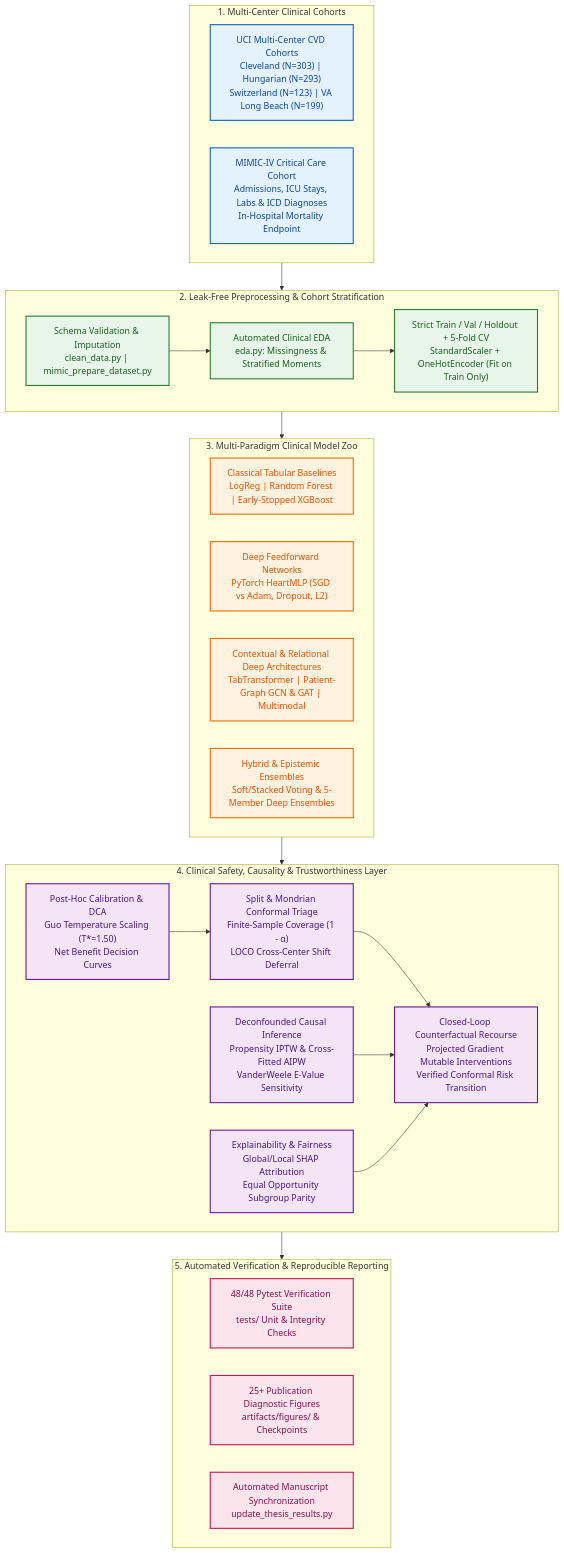
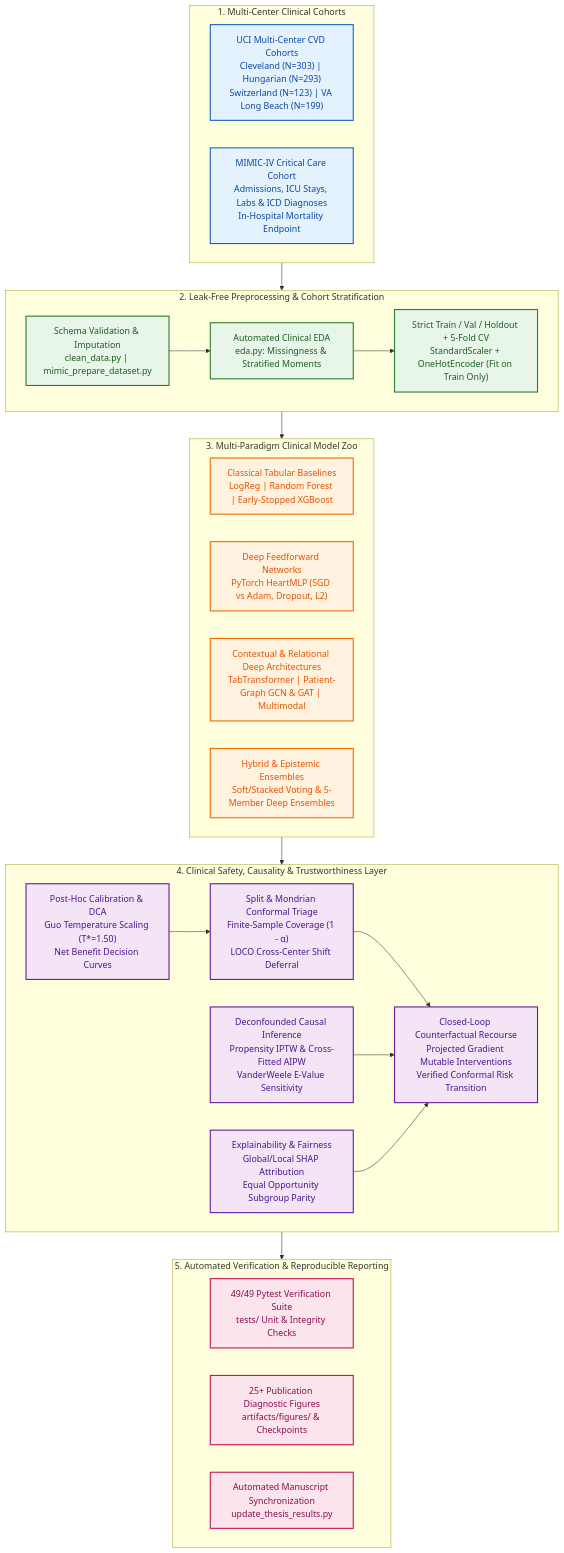
One commit to YahyaLendani/heart-disease-clinical-ml changed the diagram in README.md. Above: the diagram before and after it, drawn with Mermaid. The commit also changed other lines of this file and 9 other files, not shown here.

````diff
--- a/README.md
+++ b/README.md
@@ -59,54 +59,54 @@
 ```mermaid
 flowchart TB
     classDef data fill:#e3f2fd,stroke:#1565c0,stroke-width:2px,color:#0d47a1
     classDef prep fill:#e8f5e9,stroke:#2e7d32,stroke-width:2px,color:#1b5e20
     classDef model fill:#fff3e0,stroke:#ef6c00,stroke-width:2px,color:#e65100
     classDef trust fill:#f3e5f5,stroke:#6a1b9a,stroke-width:2px,color:#4a148c
     classDef out fill:#fce4ec,stroke:#c2185b,stroke-width:2px,color:#880e4f
 
     subgraph Data["1. Multi-Center Clinical Cohorts"]
         direction LR
         A1["UCI Multi-Center CVD Cohorts\nCleveland (N=303) | Hungarian (N=293)\nSwitzerland (N=123) | VA Long Beach (N=199)"]:::data
         A2["MIMIC-IV Critical Care Cohort\nAdmissions, ICU Stays, Labs & ICD Diagnoses\nIn-Hospital Mortality Endpoint"]:::data
     end
 
     subgraph Prep["2. Leak-Free Preprocessing & Cohort Stratification"]
         direction LR
         B1["Schema Validation & Imputation\nclean_data.py | mimic_prepare_dataset.py"]:::prep
         B2["Automated Clinical EDA\neda.py: Missingness & Stratified Moments"]:::prep
         B3["Strict Train / Val / Holdout + 5-Fold CV\nStandardScaler + OneHotEncoder (Fit on Train Only)"]:::prep
         B1 --> B2 --> B3
     end
 
     subgraph Models["3. Multi-Paradigm Clinical Model Zoo"]
         direction LR
         C1["Classical Tabular Baselines\nLogReg | Random Forest | Early-Stopped XGBoost"]:::model
         C2["Deep Feedforward Networks\nPyTorch HeartMLP (SGD vs Adam, Dropout, L2)"]:::model
         C3["Contextual & Relational Deep Architectures\nTabTransformer | Patient-Graph GCN & GAT | Multimodal"]:::model
         C4["Hybrid & Epistemic Ensembles\nSoft/Stacked Voting & 5-Member Deep Ensembles"]:::model
     end
 
     subgraph Trust["4. Clinical Safety, Causality & Trustworthiness Layer"]
         direction LR
         D1["Post-Hoc Calibration & DCA\nGuo Temperature Scaling (T*=1.50)\nNet Benefit Decision Curves"]:::trust
         D2["Split & Mondrian Conformal Triage\nFinite-Sample Coverage (1 - α)\nLOCO Cross-Center Shift Deferral"]:::trust
         D3["Deconfounded Causal Inference\nPropensity IPTW & Cross-Fitted AIPW\nVanderWeele E-Value Sensitivity"]:::trust
         D4["Explainability & Fairness\nGlobal/Local SHAP Attribution\nEqual Opportunity Subgroup Parity"]:::trust
         D5["Closed-Loop Counterfactual Recourse\nProjected Gradient Mutable Interventions\nVerified Conformal Risk Transition"]:::trust
         D1 --> D2 --> D5
         D3 --> D5
         D4 --> D5
     end
 
     subgraph Output["5. Automated Verification & Reproducible Reporting"]
         direction LR
-        E1["48/48 Pytest Verification Suite\ntests/ Unit & Integrity Checks"]:::out
+        E1["49/49 Pytest Verification Suite\ntests/ Unit & Integrity Checks"]:::out
         E2["25+ Publication Diagnostic Figures\nartifacts/figures/ & Checkpoints"]:::out
         E3["Automated Manuscript Synchronization\nupdate_thesis_results.py"]:::out
     end
 
     Data --> Prep
     Prep --> Models
     Models --> Trust
     Trust --> Output
 ```
````
